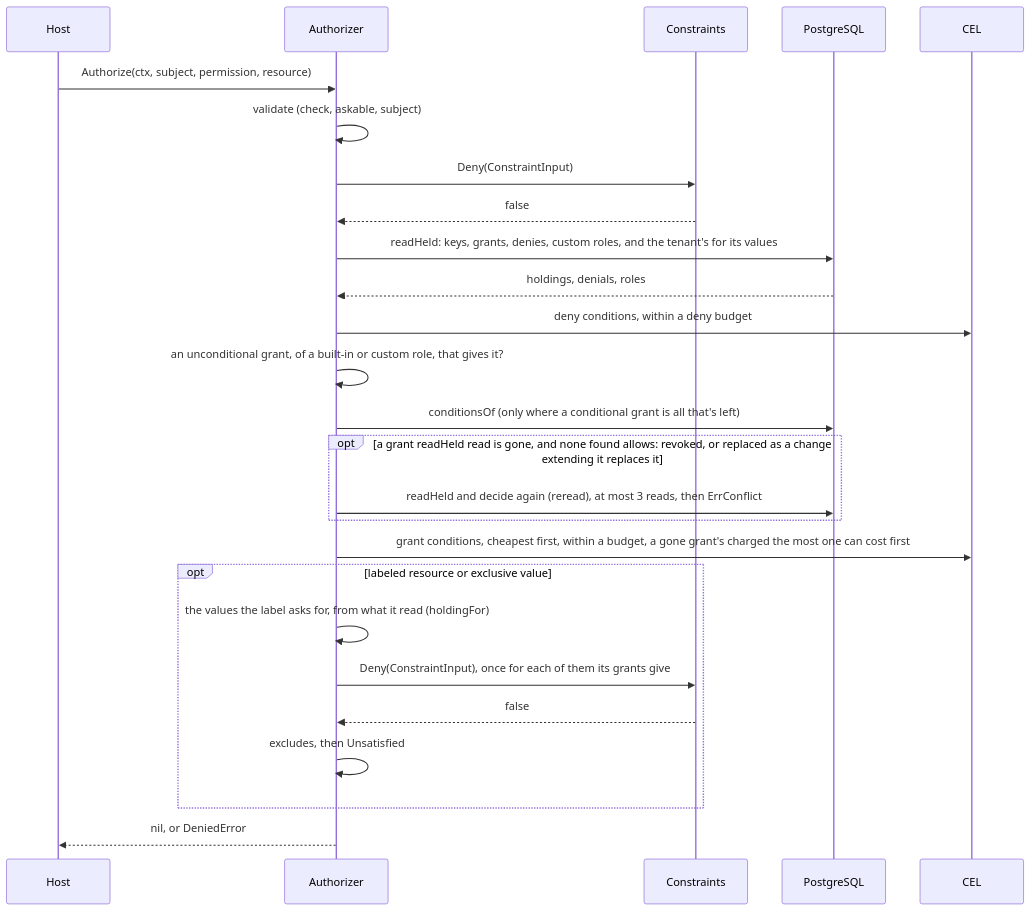
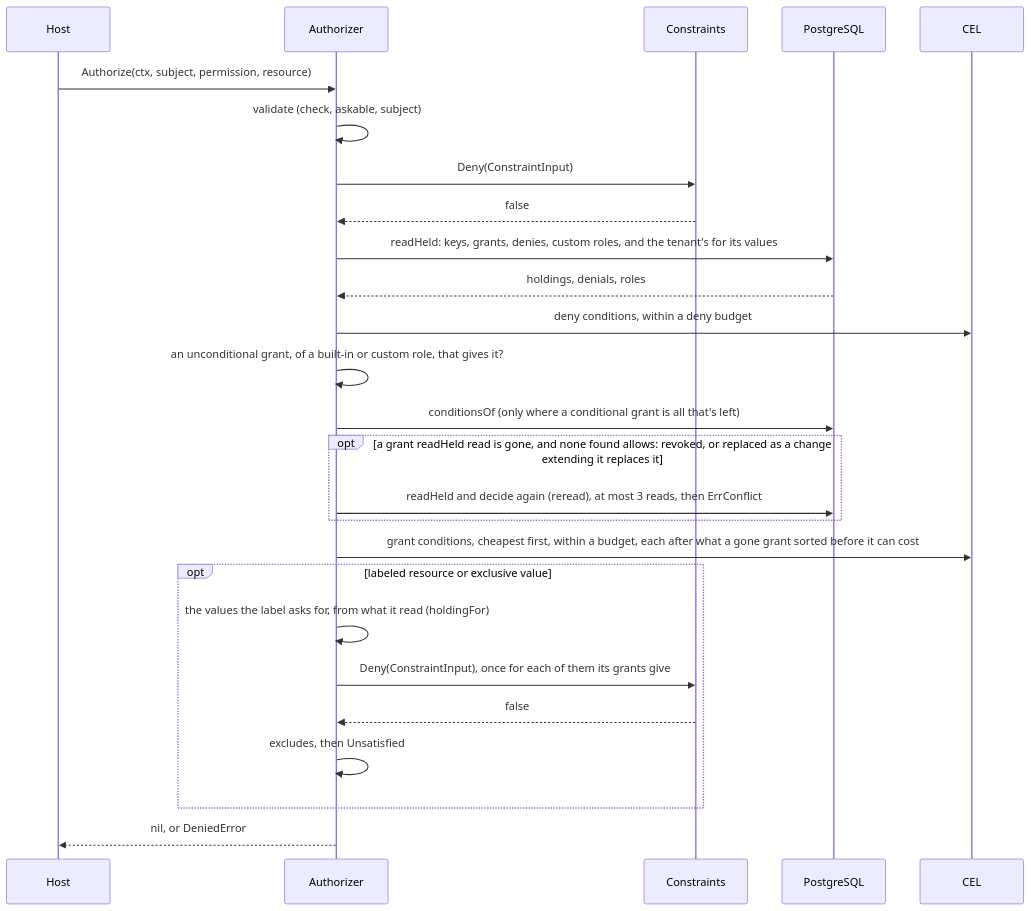
The seventh of 14 diagrams in docs/architecture.md (parallelworks/rbac), drawn with Mermaid before and after one commit. The commit also changed other lines of this file and 4 other files, not shown here.

````diff
--- a/docs/architecture.md
+++ b/docs/architecture.md
@@ -603,28 +603,28 @@
 ```mermaid
 sequenceDiagram
     participant H as Host
     participant A as Authorizer
     participant C as Constraints
     participant DB as PostgreSQL
     participant E as CEL
     H->>A: Authorize(ctx, subject, permission, resource)
     A->>A: validate (check, askable, subject)
     A->>C: Deny(ConstraintInput)
     C-->>A: false
     A->>DB: readHeld: keys, grants, denies, custom roles, and the tenant's for its values
     DB-->>A: holdings, denials, roles
     A->>E: deny conditions, within a deny budget
     A->>A: an unconditional grant, of a built-in or custom role, that gives it?
     A->>DB: conditionsOf (only where a conditional grant is all that's left)
     opt a grant readHeld read is gone, and none found allows: revoked, or replaced as a change extending it replaces it
         A->>DB: readHeld and decide again (reread), at most 3 reads, then ErrConflict
     end
-    A->>E: grant conditions, cheapest first, within a budget, a gone grant's charged the most one can cost first
+    A->>E: grant conditions, cheapest first, within a budget, each after what a gone grant sorted before it can cost
     opt labeled resource or exclusive value
         A->>A: the values the label asks for, from what it read (holdingFor)
         A->>C: Deny(ConstraintInput), once for each of them its grants give
         C-->>A: false
         A->>A: excludes, then Unsatisfied
     end
     A-->>H: nil, or DeniedError
 ```
````
